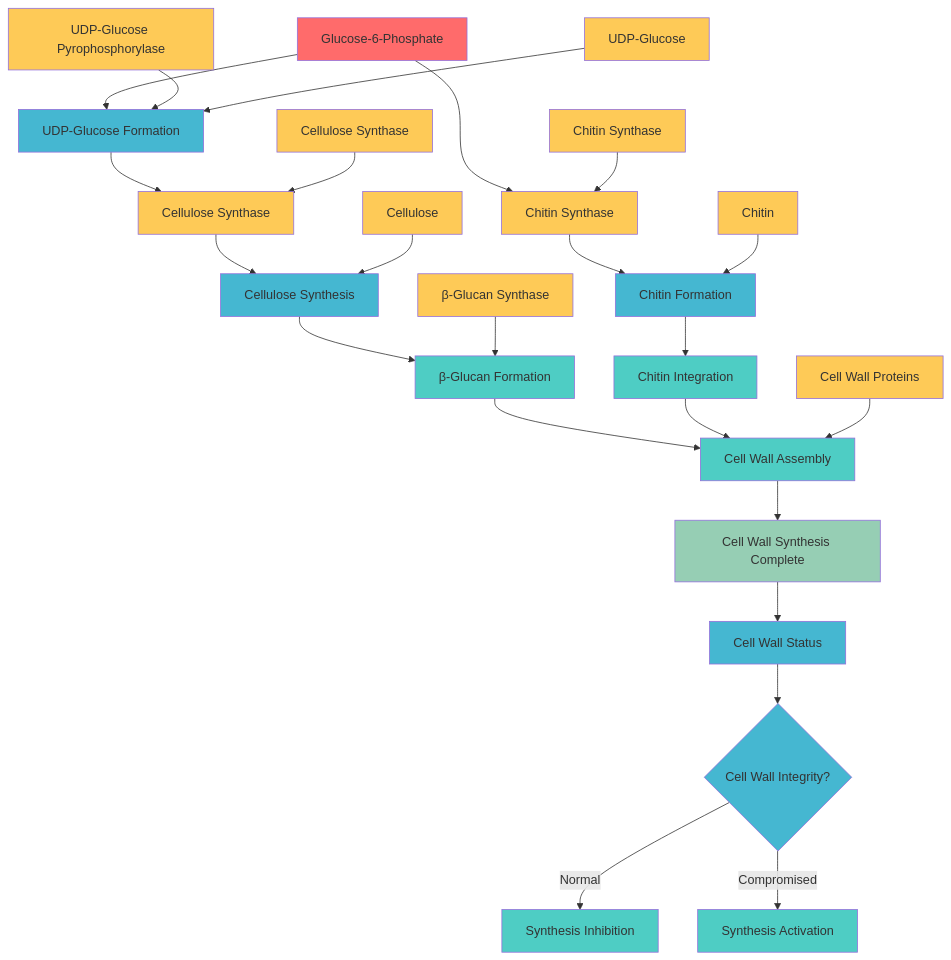
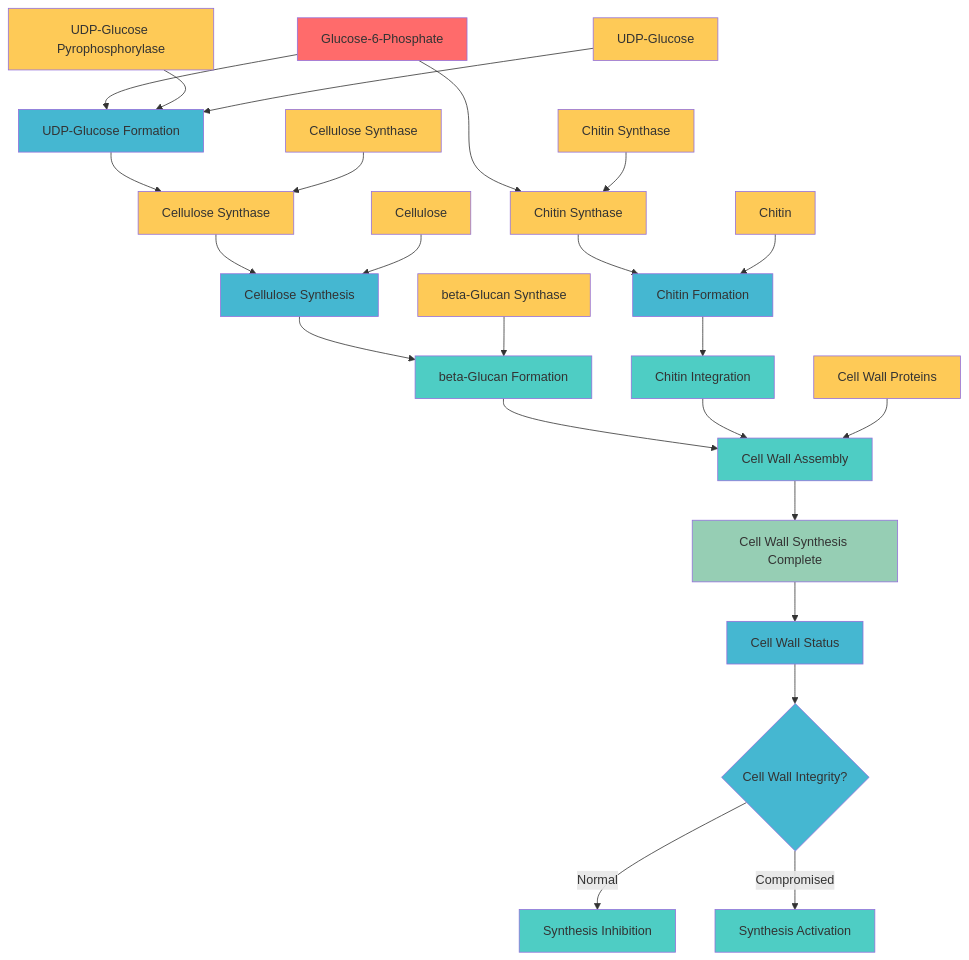
The diagram in docs/paper/community/contributions/new_charts/batch7_01_cell_wall_synthesis.mmd (garywelz/glmp), drawn with Mermaid before and after one commit. The commit also changed 30 other files, not shown here.

Commit message:
Update greek letters and prime notation in multiple diagrams

```diff
--- a/docs/paper/community/contributions/new_charts/batch7_01_cell_wall_synthesis.mmd
+++ b/docs/paper/community/contributions/new_charts/batch7_01_cell_wall_synthesis.mmd
@@ -1,53 +1,53 @@
 graph TD
     A[Glucose-6-Phosphate] --> B[UDP-Glucose Formation]
     B --> C[Cellulose Synthase]
     C --> D[Cellulose Synthesis]
-    D --> E[β-Glucan Formation]
+    D --> E[beta-Glucan Formation]
     E --> F[Cell Wall Assembly]
     F --> G[Cell Wall Synthesis Complete]
     
     %% Alternative pathway
     A --> H[Chitin Synthase]
     H --> I[Chitin Formation]
     I --> J[Chitin Integration]
     J --> F
     
     %% Regulation
     G --> K[Cell Wall Status]
     K --> L{Cell Wall Integrity?}
     L -->|Normal| M[Synthesis Inhibition]
     L -->|Compromised| N[Synthesis Activation]
     
     %% Key proteins
     O[UDP-Glucose Pyrophosphorylase] --> B
     P[Cellulose Synthase] --> C
     Q[Chitin Synthase] --> H
-    R[β-Glucan Synthase] --> E
+    R[beta-Glucan Synthase] --> E
     S[Cell Wall Proteins] --> F
     T[UDP-Glucose] --> B
     U[Cellulose] --> D
     V[Chitin] --> I
     
     %% Styling
     style A fill:#ff6b6b
     style B fill:#45b7d1
     style C fill:#feca57
     style D fill:#45b7d1
     style E fill:#4ecdc4
     style F fill:#4ecdc4
     style G fill:#96ceb4
     style H fill:#feca57
     style I fill:#45b7d1
     style J fill:#4ecdc4
     style K fill:#45b7d1
     style L fill:#45b7d1
     style M fill:#4ecdc4
     style N fill:#4ecdc4
     style O fill:#feca57
     style P fill:#feca57
     style Q fill:#feca57
     style R fill:#feca57
     style S fill:#feca57
     style T fill:#feca57
     style U fill:#feca57
     style V fill:#feca57
```
